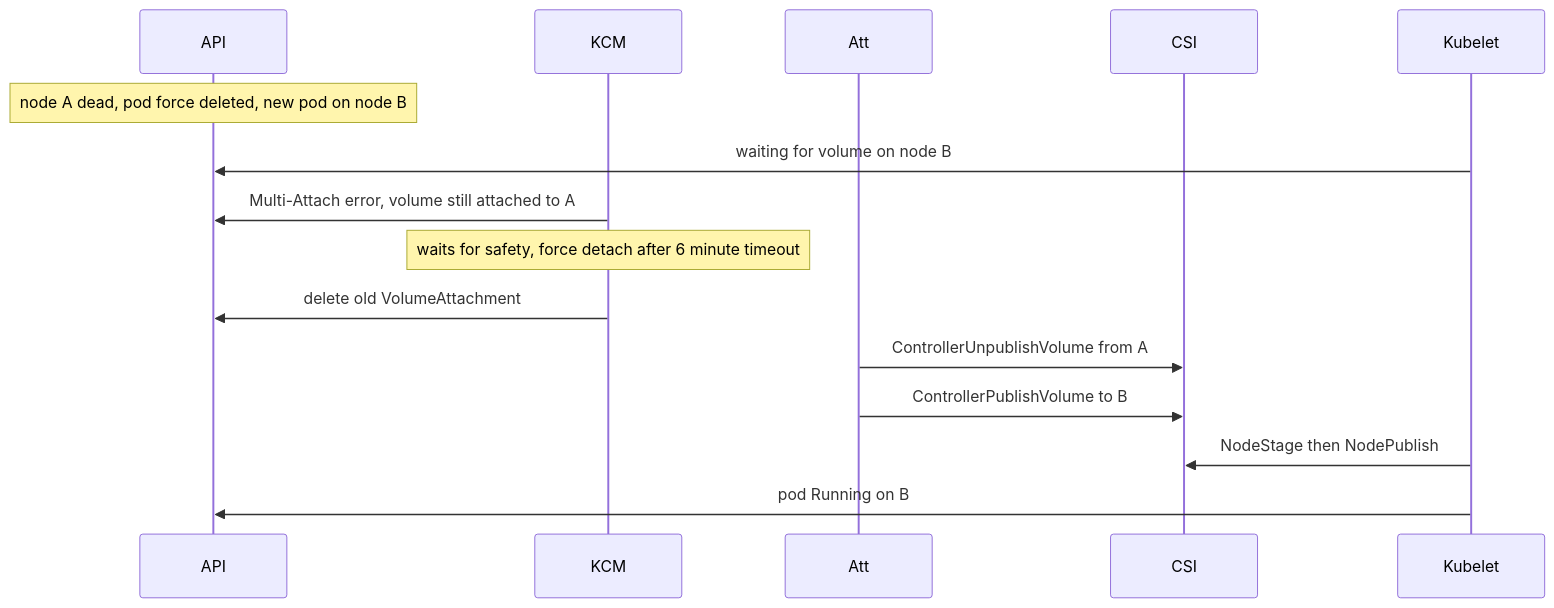
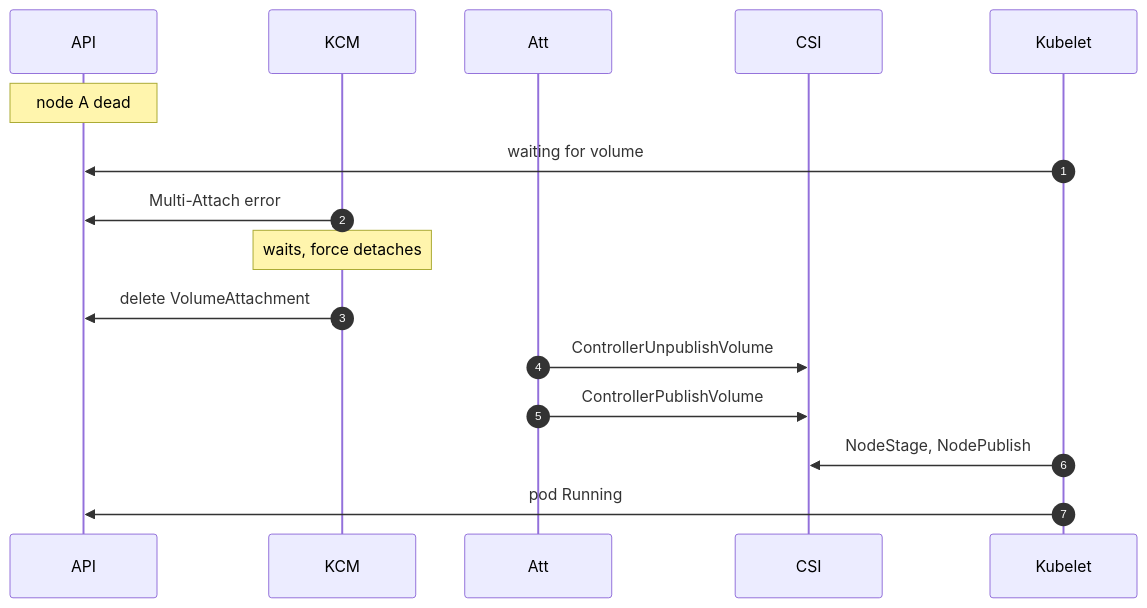
Before and after one commit to sanketsudake/k8s-worksheet: the third of 3 diagrams in chapters/ch08.md, drawn with Mermaid. The commit also changed other lines of this file and 2 other files, not shown here.

First line of the commit message:
ch04, ch08, ch09: shrink diagrams as far as text allows

````diff
--- a/chapters/ch08.md
+++ b/chapters/ch08.md
@@ -126,17 +134,18 @@
 ```mermaid
 sequenceDiagram
+    autonumber
     participant API
     participant KCM
     participant Att
     participant CSI
     participant Kubelet
-    Note over API: node A dead, pod force deleted, new pod on node B
-    Kubelet->>API: waiting for volume on node B
-    KCM->>API: Multi-Attach error, volume still attached to A
-    Note over KCM: waits for safety, force detach after 6 minute timeout
-    KCM->>API: delete old VolumeAttachment
-    Att->>CSI: ControllerUnpublishVolume from A
-    Att->>CSI: ControllerPublishVolume to B
-    Kubelet->>CSI: NodeStage then NodePublish
-    Kubelet->>API: pod Running on B
+    Note over API: node A dead
+    Kubelet->>API: waiting for volume
+    KCM->>API: Multi-Attach error
+    Note over KCM: waits, force detaches
+    KCM->>API: delete VolumeAttachment
+    Att->>CSI: ControllerUnpublishVolume
+    Att->>CSI: ControllerPublishVolume
+    Kubelet->>CSI: NodeStage, NodePublish
+    Kubelet->>API: pod Running
 ```
````
